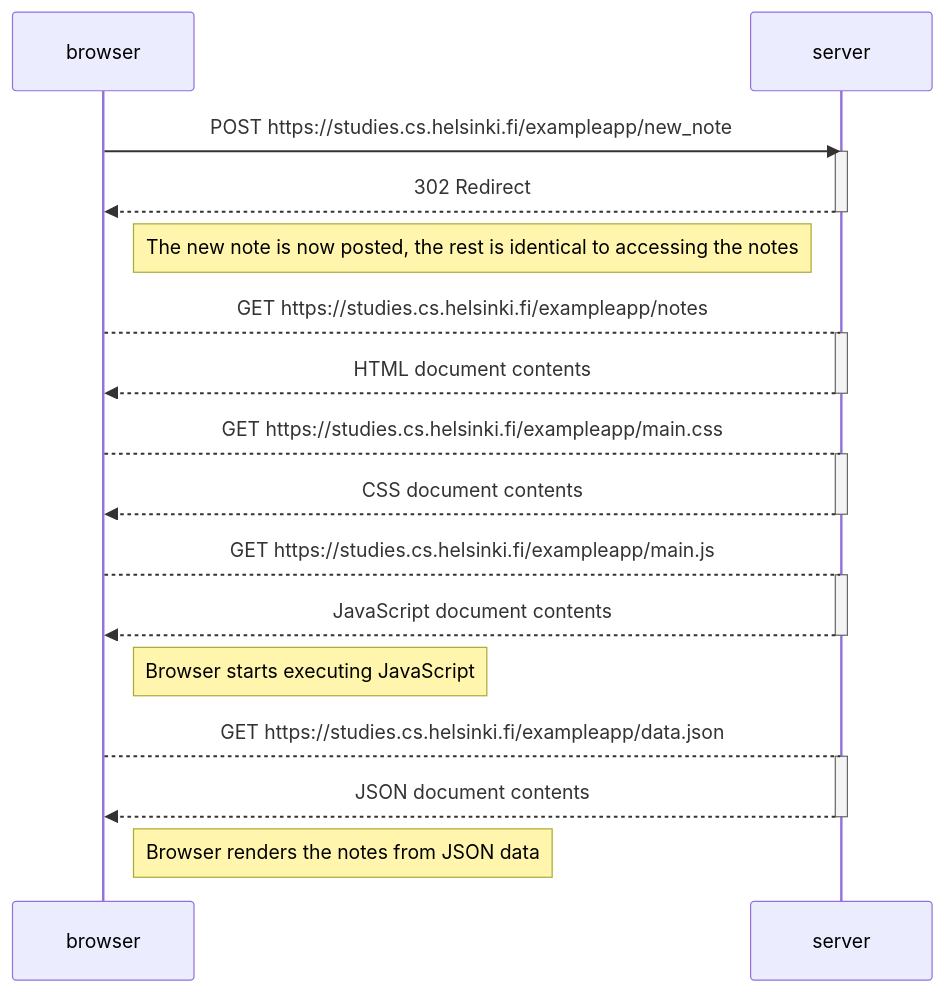
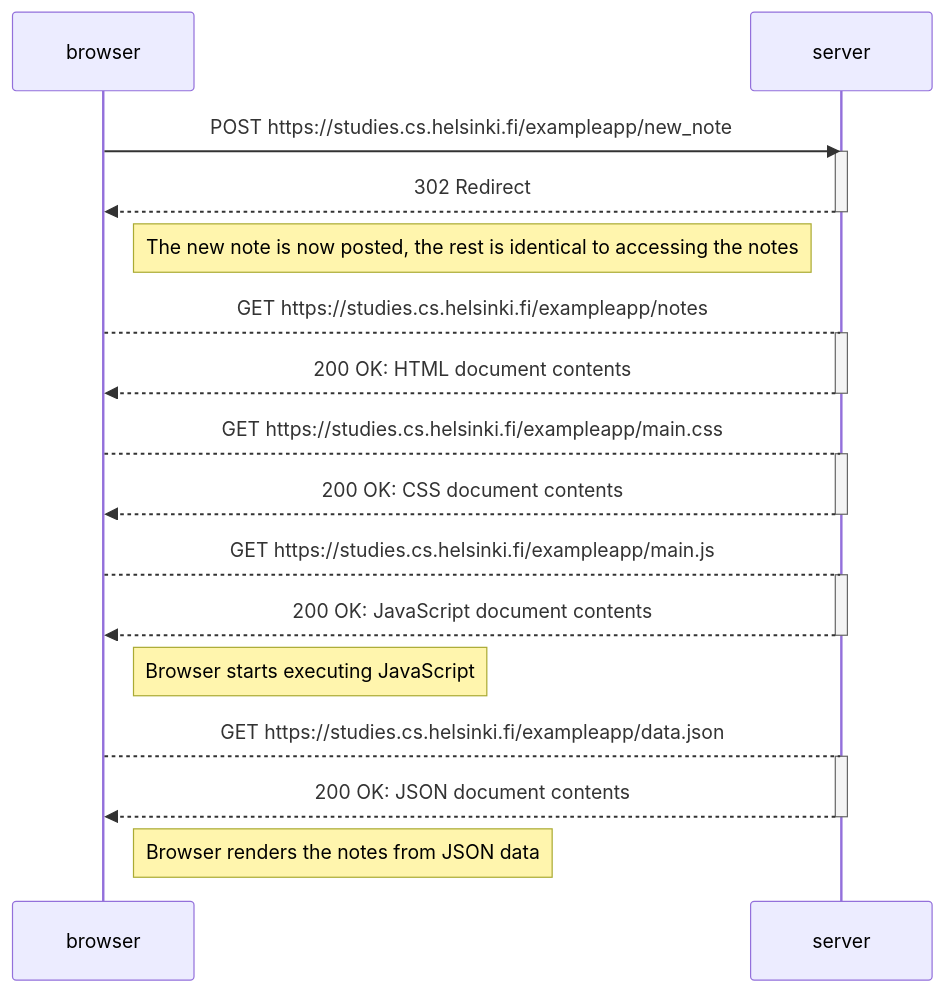
The first of 3 diagrams in part0/assignments.md (jpirhel/fullstackopen-2023-12), drawn with Mermaid before and after one commit. The commit also changed other lines of this file, not shown here.

````diff
--- a/part0/assignments.md
+++ b/part0/assignments.md
@@ -7,43 +7,43 @@
 ```mermaid
 
 sequenceDiagram
     participant browser
     participant server
 
     browser ->> server: POST https://studies.cs.helsinki.fi/exampleapp/new_note
 
     activate server
     server -->> browser: 302 Redirect
     deactivate server
 
     Note right of browser: The new note is now posted, the rest is identical to accessing the notes
 
     browser --> server: GET https://studies.cs.helsinki.fi/exampleapp/notes
 
     activate server
-    server -->> browser: HTML document contents
+    server -->> browser: 200 OK: HTML document contents
     deactivate server
 
     browser --> server: GET https://studies.cs.helsinki.fi/exampleapp/main.css
 
     activate server
-    server -->> browser: CSS document contents
+    server -->> browser: 200 OK: CSS document contents
     deactivate server
 
     browser --> server: GET https://studies.cs.helsinki.fi/exampleapp/main.js
 
     activate server
-    server -->> browser: JavaScript document contents
+    server -->> browser: 200 OK: JavaScript document contents
     deactivate server
 
     Note right of browser: Browser starts executing JavaScript
 
     browser --> server: GET https://studies.cs.helsinki.fi/exampleapp/data.json
 
     activate server
-    server -->> browser: JSON document contents
+    server -->> browser: 200 OK: JSON document contents
     deactivate server
 
     Note right of browser: Browser renders the notes from JSON data
 
 ```
````
